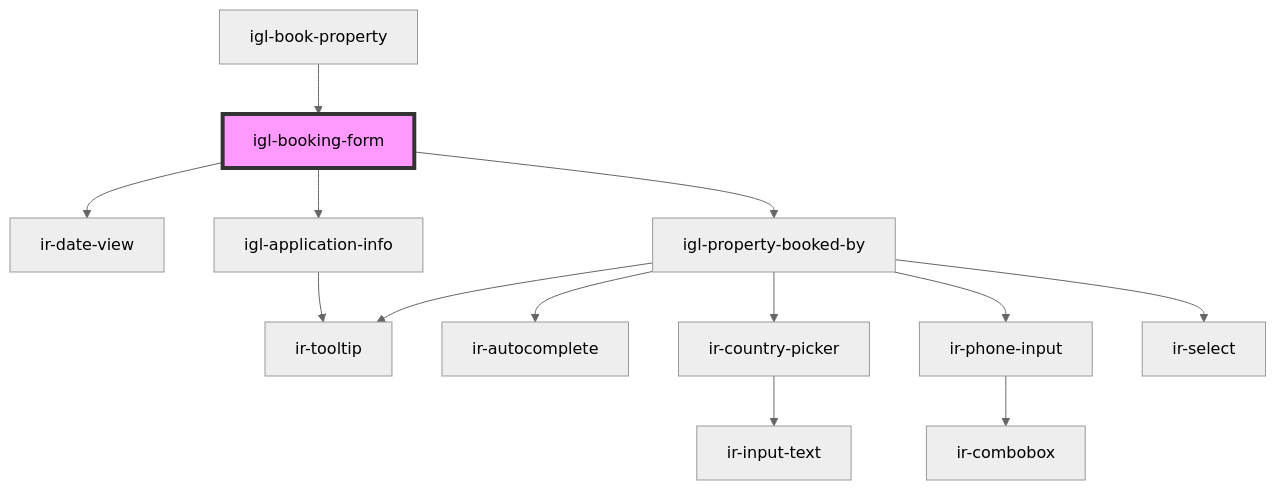
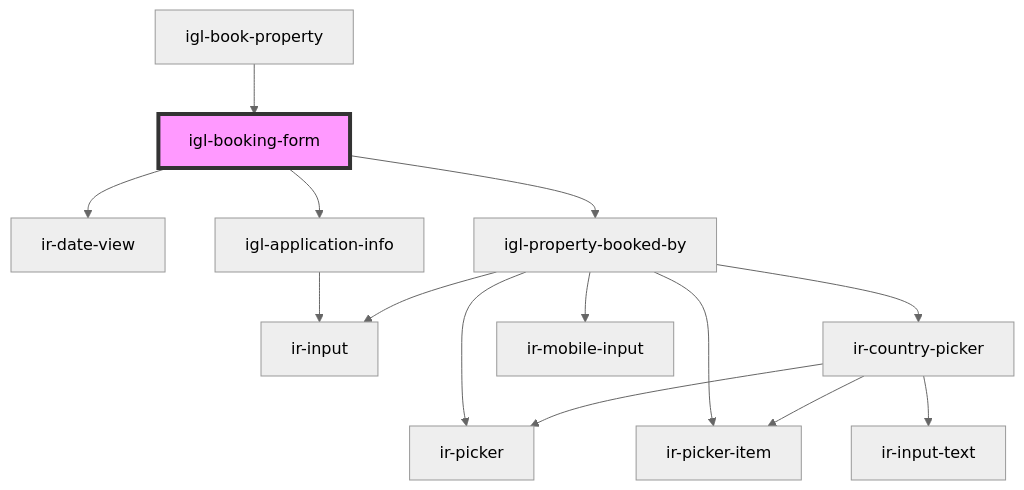
One commit to RonyRizk/ir-webcmp changed the diagram in src/components/igloo-calendar/igl-book-property/igl-booking-form/readme.md. Above: the diagram before and after it, drawn with Mermaid (neutral theme). The commit also changed 433 other files, not shown here.

````diff
--- a/src/components/igloo-calendar/igl-book-property/igl-booking-form/readme.md
+++ b/src/components/igloo-calendar/igl-book-property/igl-booking-form/readme.md
@@ -50,16 +50,17 @@
 ```mermaid
 graph TD;
   igl-booking-form --> ir-date-view
   igl-booking-form --> igl-application-info
   igl-booking-form --> igl-property-booked-by
-  igl-application-info --> ir-tooltip
-  igl-property-booked-by --> ir-autocomplete
-  igl-property-booked-by --> ir-tooltip
+  igl-application-info --> ir-input
+  igl-property-booked-by --> ir-picker
+  igl-property-booked-by --> ir-picker-item
+  igl-property-booked-by --> ir-input
   igl-property-booked-by --> ir-country-picker
-  igl-property-booked-by --> ir-phone-input
-  igl-property-booked-by --> ir-select
+  igl-property-booked-by --> ir-mobile-input
+  ir-country-picker --> ir-picker
+  ir-country-picker --> ir-picker-item
   ir-country-picker --> ir-input-text
-  ir-phone-input --> ir-combobox
   igl-book-property --> igl-booking-form
   style igl-booking-form fill:#f9f,stroke:#333,stroke-width:4px
 ```
````
